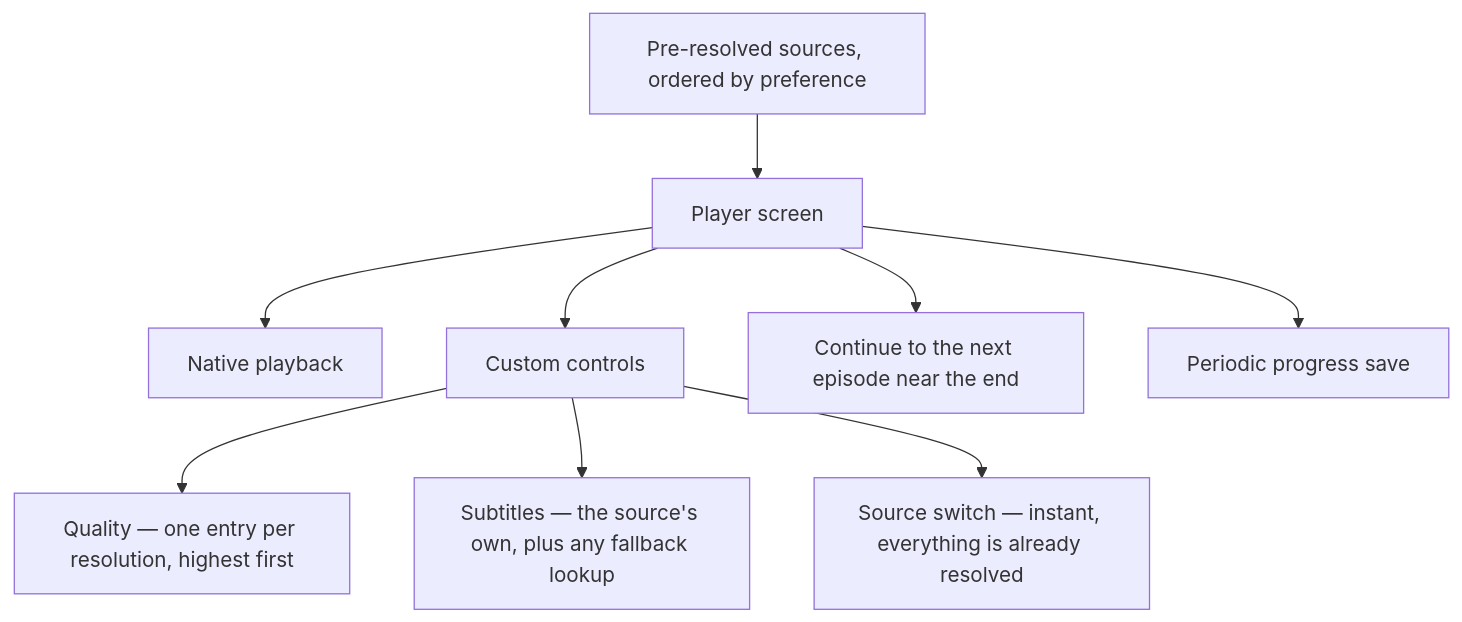
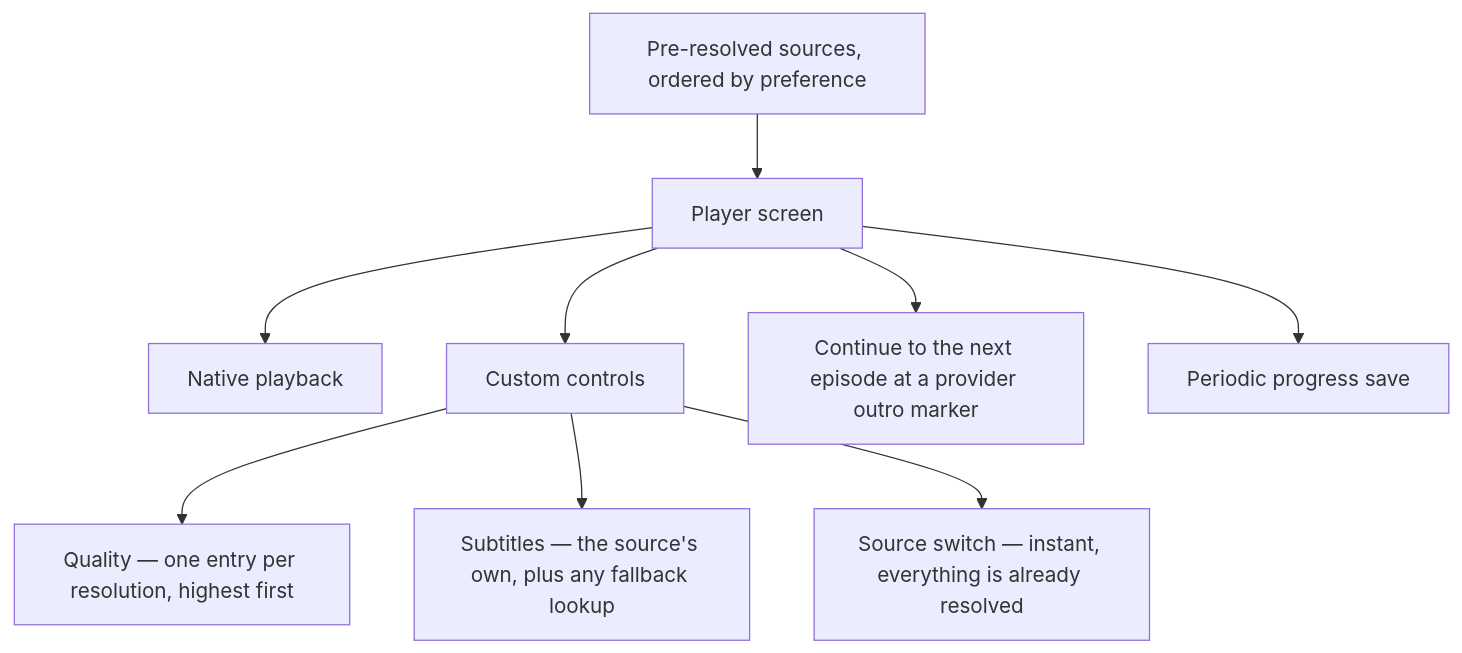
One commit to nimbusfvck/fvcksubs changed the sixth of 6 diagrams in docs/06-app-layer.md. Above: the diagram before and after it, drawn with Mermaid. The commit also changed other lines of this file and 29 other files, not shown here.

````diff
--- a/docs/06-app-layer.md
+++ b/docs/06-app-layer.md
@@ -240,11 +241,11 @@
 ```mermaid
 flowchart TB
     PRE["Pre-resolved sources, ordered by preference"] --> PP["Player screen"]
     PP --> NAT["Native playback"]
     PP --> CTL["Custom controls"]
     CTL --> Q["Quality — one entry per resolution, highest first"]
     CTL --> SUB["Subtitles — the source's own, plus any fallback lookup"]
     CTL --> SRC["Source switch — instant, everything is already resolved"]
-    PP --> NEXT["Continue to the next episode near the end"]
+    PP --> NEXT["Continue to the next episode at a provider outro marker"]
     PP --> SAVE["Periodic progress save"]
 ```
````
